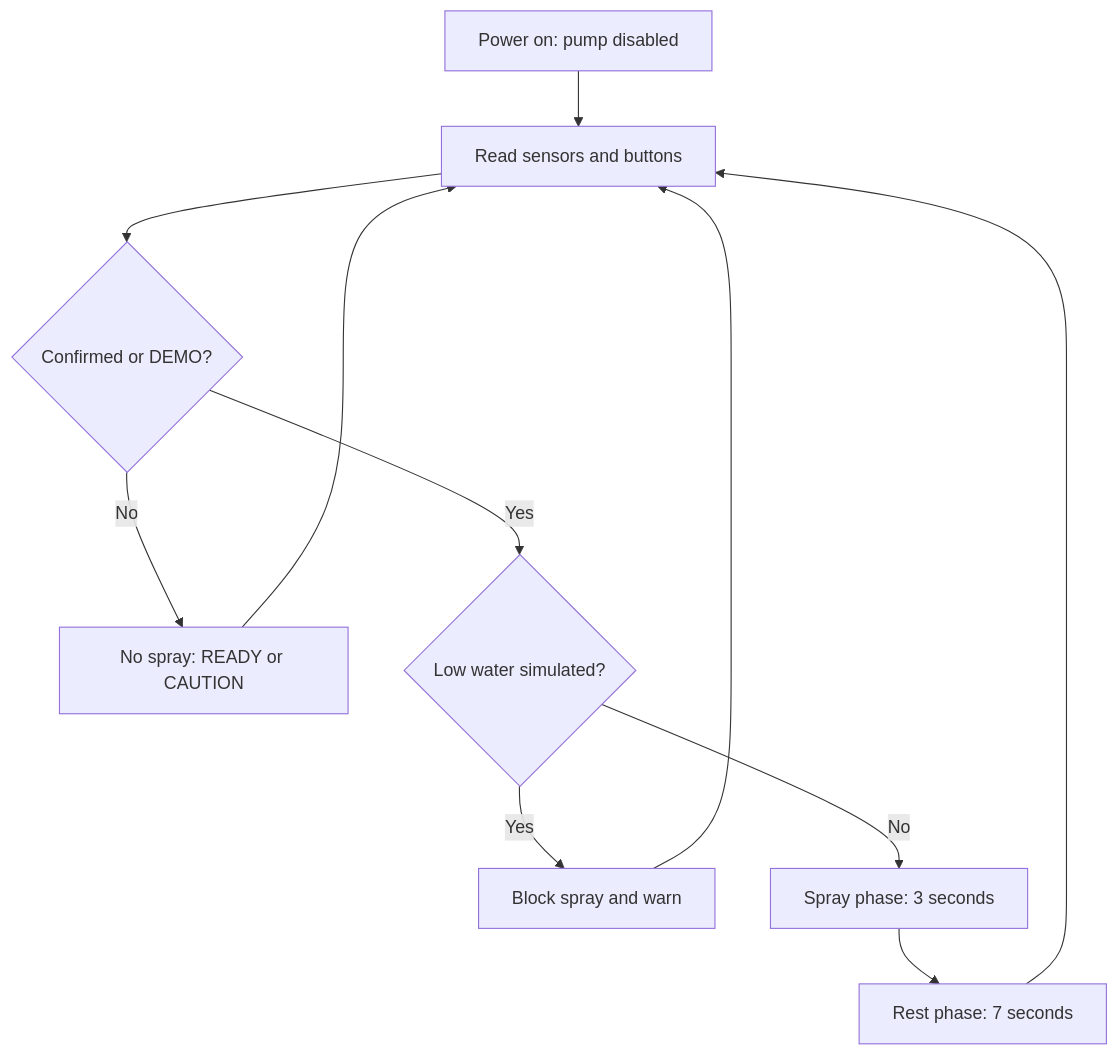
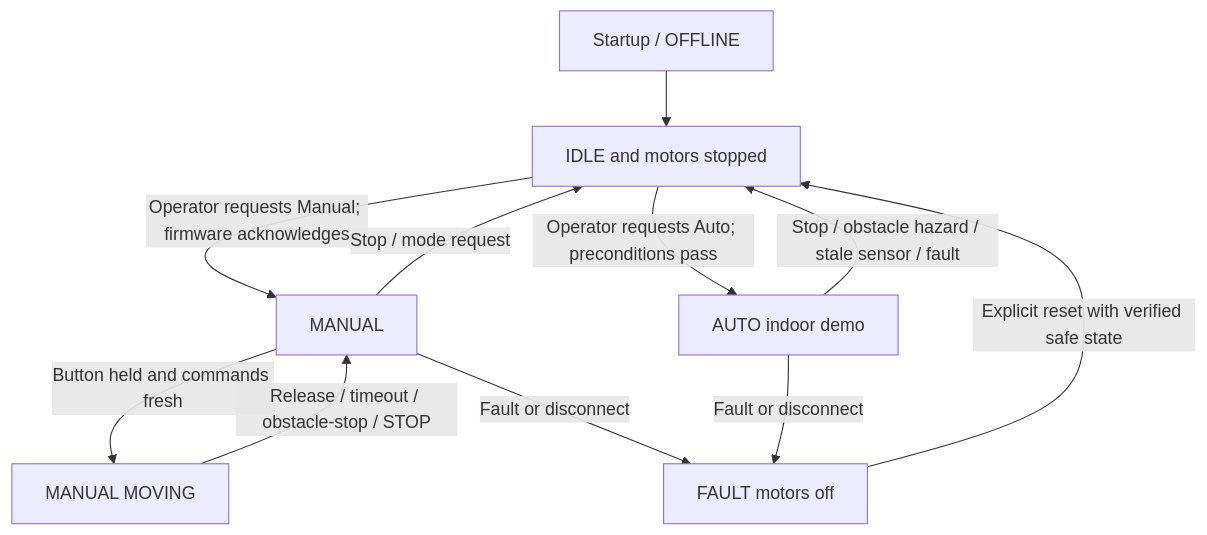
One commit to raianirudh459-cmyk/fire-fighting-robot changed the diagram in docs/04_FIRMWARE_AND_STATES.md. Above: the diagram before and after it, drawn with Mermaid. The commit also changed other lines of this file and 7 other files, not shown here.

````diff
--- a/docs/04_FIRMWARE_AND_STATES.md
+++ b/docs/04_FIRMWARE_AND_STATES.md
@@ -22,13 +6,13 @@
 ```mermaid
 flowchart TD
-  A[Power on: pump disabled] --> B[Read sensors and buttons]
-  B --> C{Confirmed or DEMO?}
-  C -- No --> D[No spray: READY or CAUTION]
-  C -- Yes --> E{Low water simulated?}
-  E -- Yes --> F[Block spray and warn]
-  E -- No --> G[Spray phase: 3 seconds]
-  G --> H[Rest phase: 7 seconds]
-  H --> B
-  D --> B
-  F --> B
+  A[Startup / OFFLINE] --> B[IDLE and motors stopped]
+  B -->|Operator requests Manual; firmware acknowledges| C[MANUAL]
+  B -->|Operator requests Auto; preconditions pass| D[AUTO indoor demo]
+  C -->|Button held and commands fresh| E[MANUAL MOVING]
+  E -->|Release / timeout / obstacle-stop / STOP| C
+  C -->|Stop / mode request| B
+  D -->|Stop / obstacle hazard / stale sensor / fault| B
+  C -->|Fault or disconnect| F[FAULT motors off]
+  D -->|Fault or disconnect| F
+  F -->|Explicit reset with verified safe state| B
 ```
````
